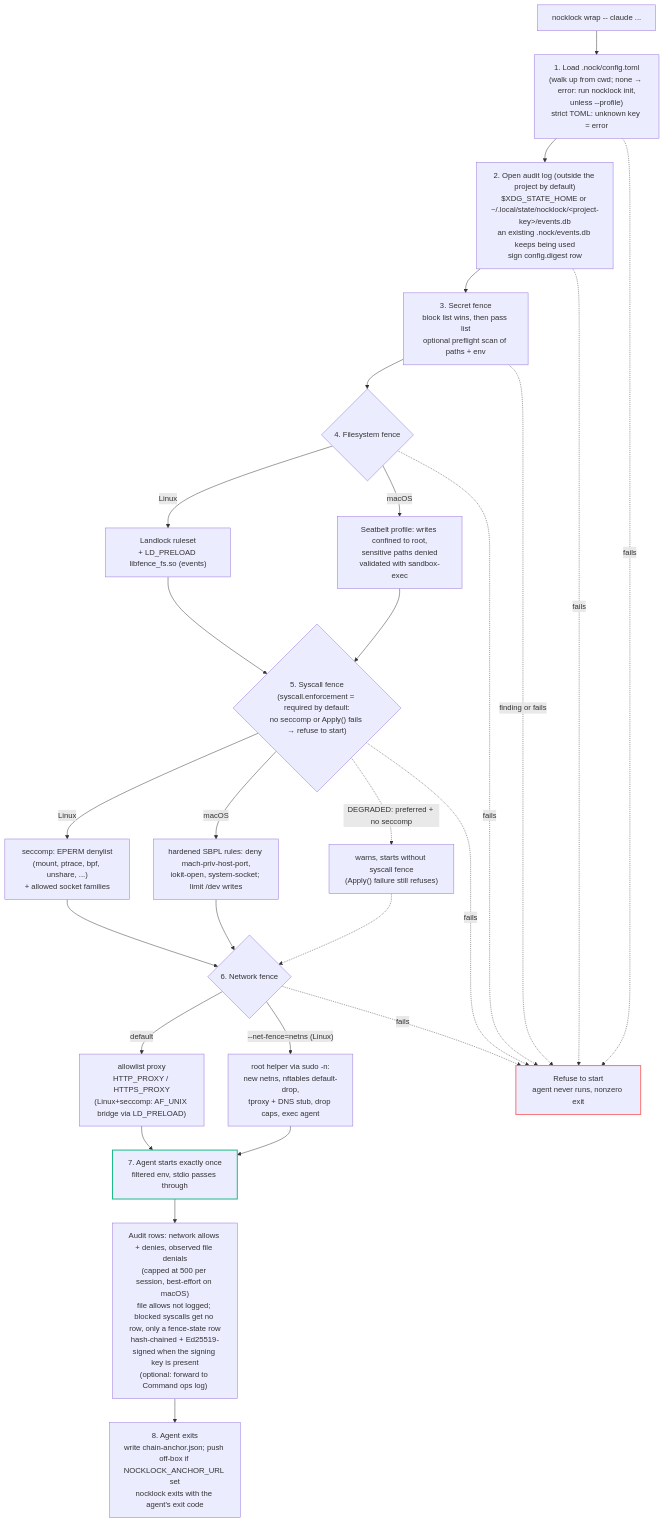
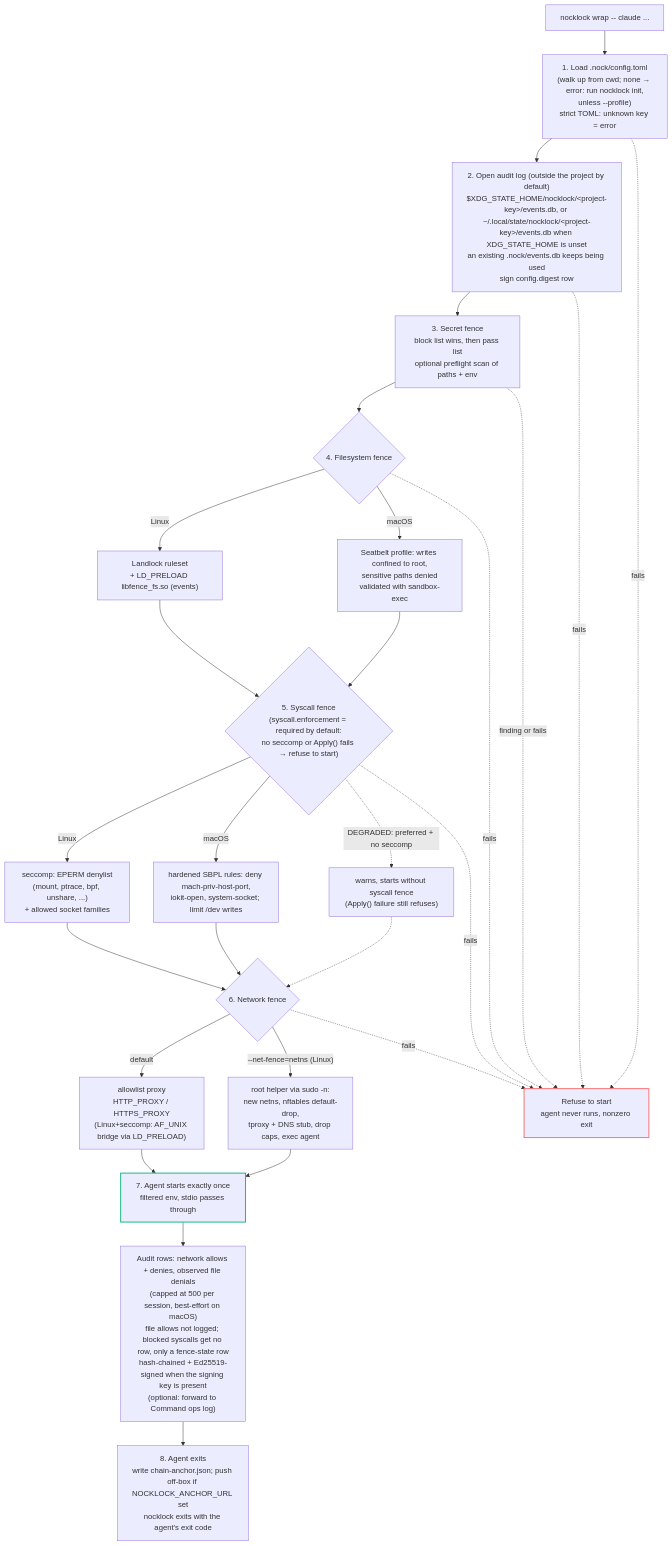
The diagram in .claude/diagrams/fence-flow.mermaid (nocktechnologies/nocklock), drawn with Mermaid before and after one commit. The commit also changed 1 other file, not shown here.

Commit message:
docs: diagrams: blocked outcomes green, DNS stub dead end, state path wording

```diff
--- a/.claude/diagrams/fence-flow.mermaid
+++ b/.claude/diagrams/fence-flow.mermaid
@@ -1,43 +1,43 @@
 %% NockLock — Fence Flow
 %% What `nocklock wrap -- <agent>` does, in order. Every fence is set up before
 %% the child starts; by default any setup failure refuses to start (fail closed).
 %% The one exception is syscall.enforcement = "preferred" on a kernel without
 %% seccomp (step 5): it warns and starts without the syscall fence.
 
 flowchart TD
     A["nocklock wrap -- claude ..."] --> B["1. Load .nock/config.toml<br/>(walk up from cwd; none → error: run nocklock init,<br/>unless --profile)<br/>strict TOML: unknown key = error"]
-    B --> C["2. Open audit log (outside the project by default)<br/>$XDG_STATE_HOME or ~/.local/state/nocklock/&lt;project-key&gt;/events.db<br/>an existing .nock/events.db keeps being used<br/>sign config.digest row"]
+    B --> C["2. Open audit log (outside the project by default)<br/>$XDG_STATE_HOME/nocklock/&lt;project-key&gt;/events.db, or ~/.local/state/nocklock/&lt;project-key&gt;/events.db when XDG_STATE_HOME is unset<br/>an existing .nock/events.db keeps being used<br/>sign config.digest row"]
     C --> D["3. Secret fence<br/>block list wins, then pass list<br/>optional preflight scan of paths + env"]
     D --> E{"4. Filesystem fence"}
     E -->|Linux| E1["Landlock ruleset<br/>+ LD_PRELOAD libfence_fs.so (events)"]
     E -->|macOS| E2["Seatbelt profile: writes confined to root,<br/>sensitive paths denied<br/>validated with sandbox-exec"]
     E1 --> F
     E2 --> F
     F{"5. Syscall fence<br/>(syscall.enforcement = required by default:<br/>no seccomp or Apply() fails → refuse to start)"}
     F -->|Linux| F1["seccomp: EPERM denylist<br/>(mount, ptrace, bpf, unshare, ...)<br/>+ allowed socket families"]
     F -->|macOS| F2["hardened SBPL rules: deny mach-priv-host-port,<br/>iokit-open, system-socket; limit /dev writes"]
     F -. "DEGRADED: preferred + no seccomp" .-> FD["warns, starts without syscall fence<br/>(Apply() failure still refuses)"]
     FD -.-> G
     F1 --> G
     F2 --> G
     G{"6. Network fence"}
     G -->|default| G1["allowlist proxy<br/>HTTP_PROXY / HTTPS_PROXY<br/>(Linux+seccomp: AF_UNIX bridge via LD_PRELOAD)"]
     G -->|"--net-fence=netns (Linux)"| G2["root helper via sudo -n:<br/>new netns, nftables default-drop,<br/>tproxy + DNS stub, drop caps, exec agent"]
     G1 --> H
     G2 --> H
     H["7. Agent starts exactly once<br/>filtered env, stdio passes through"]
     H --> I["Audit rows: network allows + denies, observed file denials<br/>(capped at 500 per session, best-effort on macOS)<br/>file allows not logged; blocked syscalls get no row, only a fence-state row<br/>hash-chained + Ed25519-signed when the signing key is present<br/>(optional: forward to Command ops log)"]
     I --> J["8. Agent exits<br/>write chain-anchor.json; push off-box if NOCKLOCK_ANCHOR_URL set<br/>nocklock exits with the agent's exit code"]
 
     B -. fails .-> X
     C -. fails .-> X
     D -. "finding or fails" .-> X
     E -. fails .-> X
     F -. fails .-> X
     G -. fails .-> X
     X["Refuse to start<br/>agent never runs, nonzero exit"]
 
     classDef refused stroke:#F87171,stroke-width:2px
     classDef running stroke:#10B981,stroke-width:2px
     class X refused
     class H running
```
